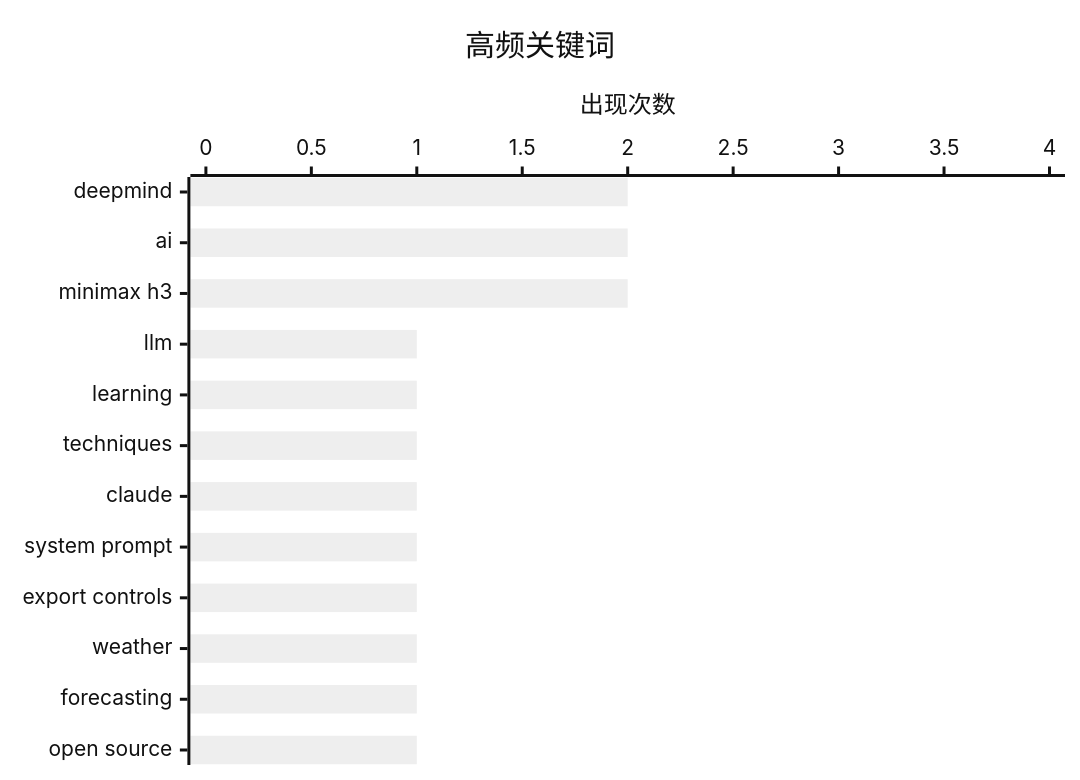
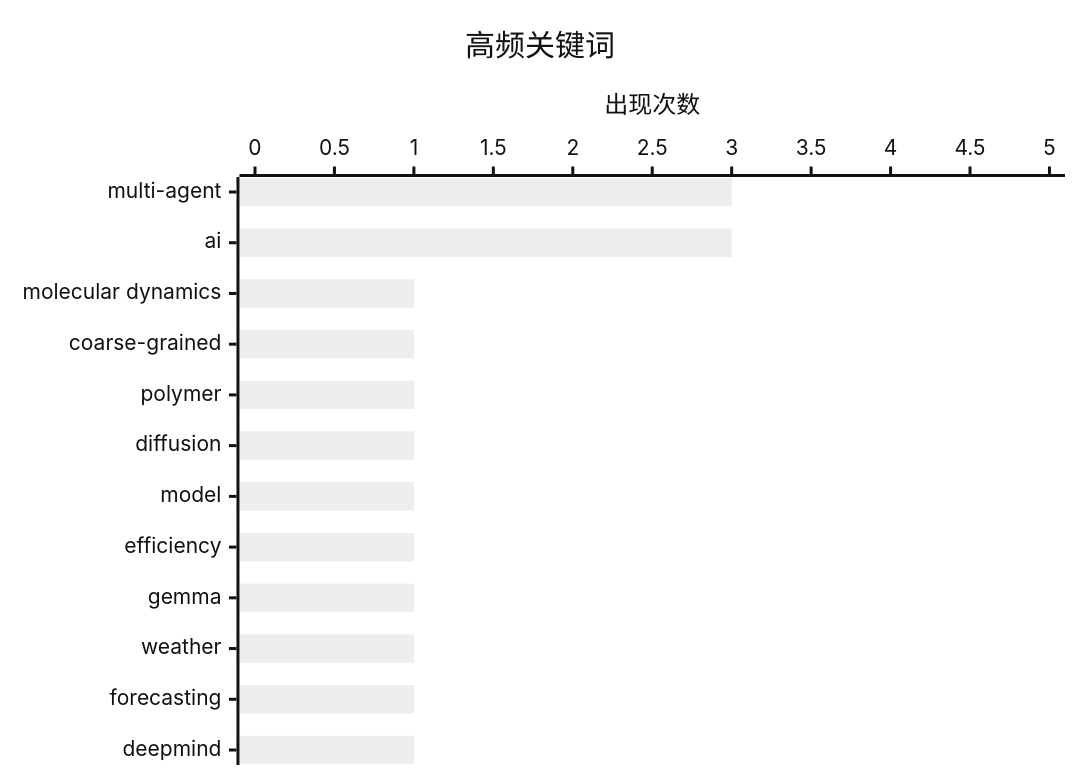
The second of 2 diagrams in digests/digest-20260810.md (Halcyon-ccc/ai-daily-digest), drawn with Mermaid (neutral theme) before and after one commit. The commit also changed other lines of this file, not shown here.

````diff
--- a/digests/digest-20260810.md
+++ b/digests/digest-20260810.md
@@ -403,7 +400,7 @@
 ```mermaid
 xychart-beta horizontal
     title "高频关键词"
-    x-axis ["deepmind", "ai", "minimax h3", "llm", "learning", "techniques", "claude", "system prompt", "export controls", "weather", "forecasting", "open source"]
-    y-axis "出现次数" 0 --> 4
-    bar [2, 2, 2, 1, 1, 1, 1, 1, 1, 1, 1, 1]
+    x-axis ["multi-agent", "ai", "molecular dynamics", "coarse-grained", "polymer", "diffusion", "model", "efficiency", "gemma", "weather", "forecasting", "deepmind"]
+    y-axis "出现次数" 0 --> 5
+    bar [3, 3, 1, 1, 1, 1, 1, 1, 1, 1, 1, 1]
 ```
````
